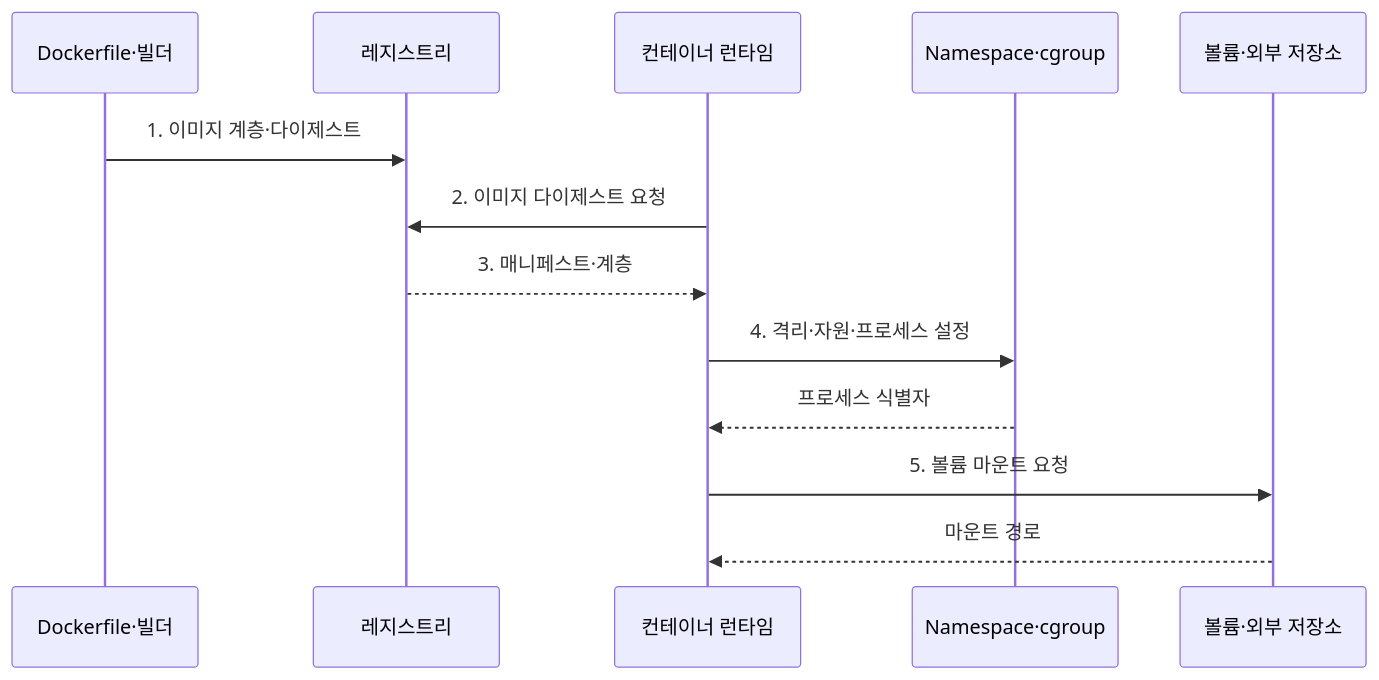
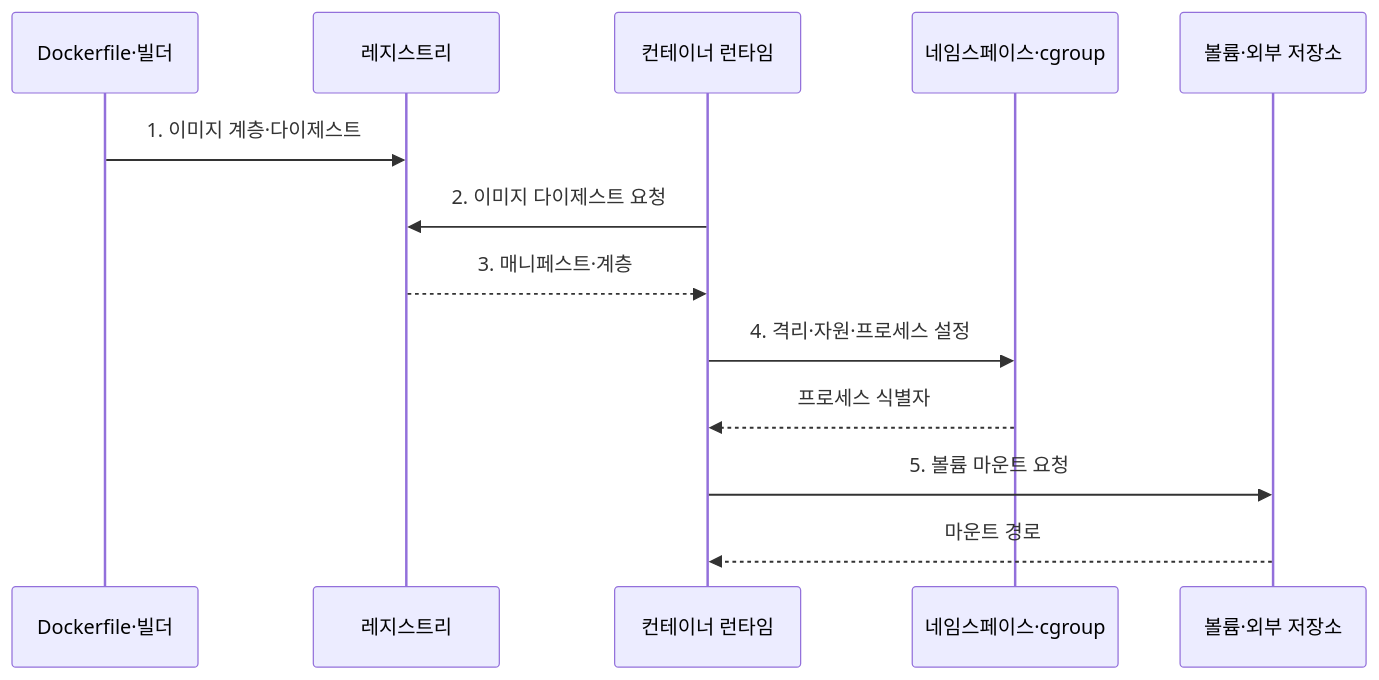
One commit to agnusdei1207/knowledge-base changed the second of 2 diagrams in src/content/docs/notes/03-software/150_docker_container.md. Above: the diagram before and after it, drawn with Mermaid. The commit also changed other lines of this file and 20 other files, not shown here.

````diff
--- a/src/content/docs/notes/03-software/150_docker_container.md
+++ b/src/content/docs/notes/03-software/150_docker_container.md
@@ -82,15 +90,15 @@
 ```mermaid
 sequenceDiagram
     participant B as Dockerfile·빌더
     participant R as 레지스트리
     participant C as 컨테이너 런타임
-    participant K as Namespace·cgroup
+    participant K as 네임스페이스·cgroup
     participant V as 볼륨·외부 저장소
     B->>R: 1. 이미지 계층·다이제스트
     C->>R: 2. 이미지 다이제스트 요청
     R-->>C: 3. 매니페스트·계층
     C->>K: 4. 격리·자원·프로세스 설정
     K-->>C: 프로세스 식별자
     C->>V: 5. 볼륨 마운트 요청
     V-->>C: 마운트 경로
 ```
````
